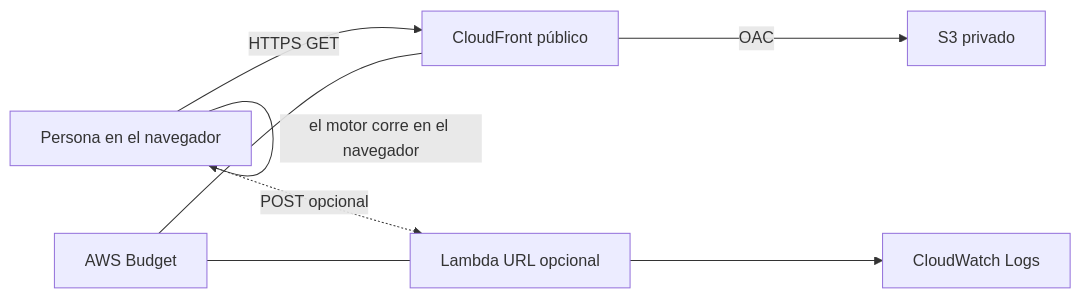
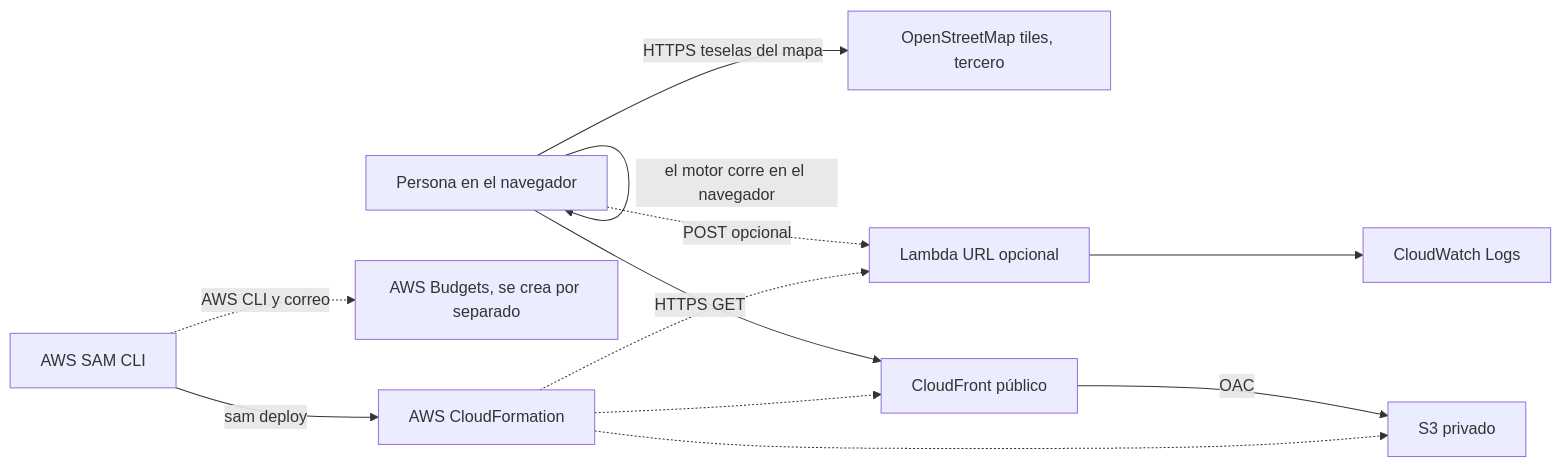
Before and after one commit to Elf3n-RO/SpookyThon-2026: the diagram in docs/arquitectura.md, drawn with Mermaid. The commit also changed other lines of this file and 13 other files, not shown here.

````diff
--- a/docs/arquitectura.md
+++ b/docs/arquitectura.md
@@ -5,17 +5,24 @@
 ```mermaid
 flowchart LR
   persona[Persona en el navegador]
+  osm[OpenStreetMap tiles, tercero]
   cf[CloudFront público]
   s3[S3 privado]
   lambda[Lambda URL opcional]
   logs[CloudWatch Logs]
-  budget[AWS Budget]
+  budget[AWS Budgets, se crea por separado]
+  sam[AWS SAM CLI]
+  cfn[AWS CloudFormation]
 
   persona -->|HTTPS GET| cf
+  persona -->|HTTPS teselas del mapa| osm
   cf -->|OAC| s3
   persona -->|el motor corre en el navegador| persona
   persona -.->|POST opcional| lambda
   lambda --> logs
-  budget --- cf
-  budget --- lambda
+  sam -->|sam deploy| cfn
+  cfn -.-> cf
+  cfn -.-> s3
+  cfn -.-> lambda
+  sam -.->|AWS CLI y correo| budget
 ```
````
